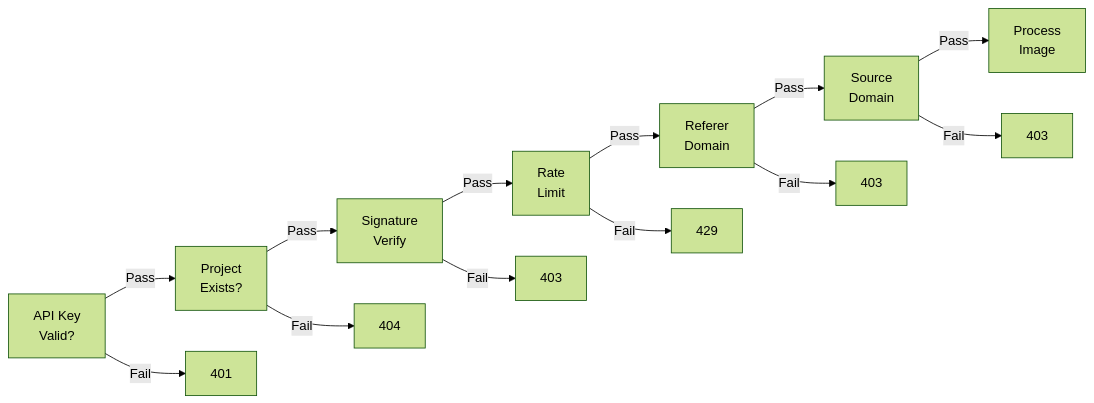
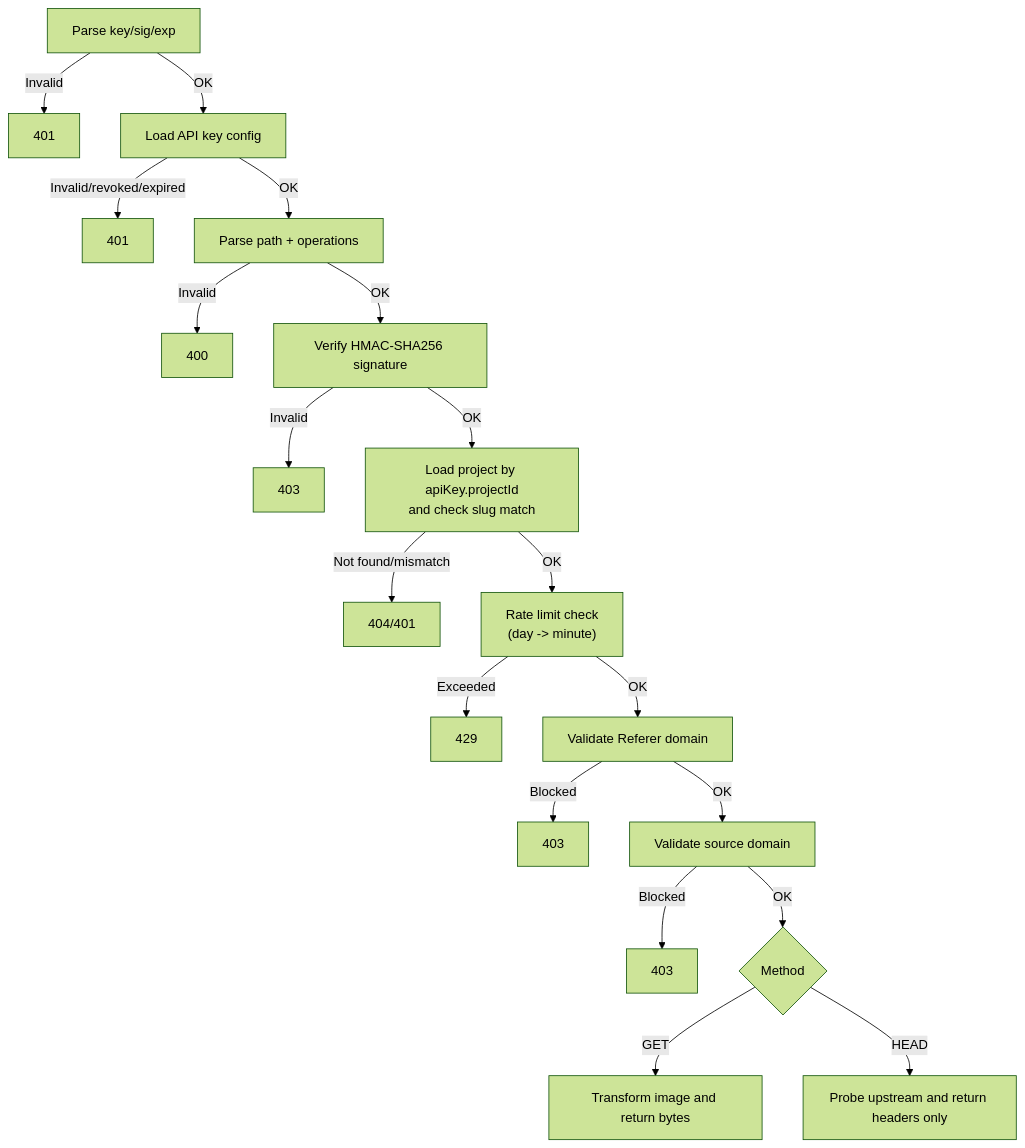
The second of 3 diagrams in apps/docs/content/docs/internal/system-overview.mdx (EricTsai83/optstuff), drawn with Mermaid (forest theme) before and after one commit. The commit also changed other lines of this file and 21 other files, not shown here.

First line of the commit message:
Remove changelog file and update documentation for image source domain configuration

````diff
--- a/apps/docs/content/docs/internal/system-overview.mdx
+++ b/apps/docs/content/docs/internal/system-overview.mdx
@@ -47,16 +35,21 @@
 ```mermaid
-flowchart LR
-  A["API Key\nValid?"] -->|Pass| B["Project\nExists?"]
-  B -->|Pass| C["Signature\nVerify"]
-  C -->|Pass| D["Rate\nLimit"]
-  D -->|Pass| E["Referer\nDomain"]
-  E -->|Pass| F["Source\nDomain"]
-  F -->|Pass| G["Process\nImage"]
-
-  A -->|Fail| X1["401"]
-  B -->|Fail| X2["404"]
-  C -->|Fail| X3["403"]
-  D -->|Fail| X4["429"]
-  E -->|Fail| X5["403"]
-  F -->|Fail| X6["403"]
+flowchart TD
+  A["Parse key/sig/exp"] -->|Invalid| E1["401"]
+  A -->|OK| B["Load API key config"]
+  B -->|Invalid/revoked/expired| E2["401"]
+  B -->|OK| C["Parse path + operations"]
+  C -->|Invalid| E3["400"]
+  C -->|OK| D["Verify HMAC-SHA256 signature"]
+  D -->|Invalid| E4["403"]
+  D -->|OK| F["Load project by apiKey.projectId\nand check slug match"]
+  F -->|Not found/mismatch| E5["404/401"]
+  F -->|OK| G["Rate limit check\n(day -> minute)"]
+  G -->|Exceeded| E6["429"]
+  G -->|OK| H["Validate Referer domain"]
+  H -->|Blocked| E7["403"]
+  H -->|OK| I["Validate source domain"]
+  I -->|Blocked| E8["403"]
+  I -->|OK| J{"Method"}
+  J -->|GET| K["Transform image and return bytes"]
+  J -->|HEAD| L["Probe upstream and return headers only"]
 ```
````
